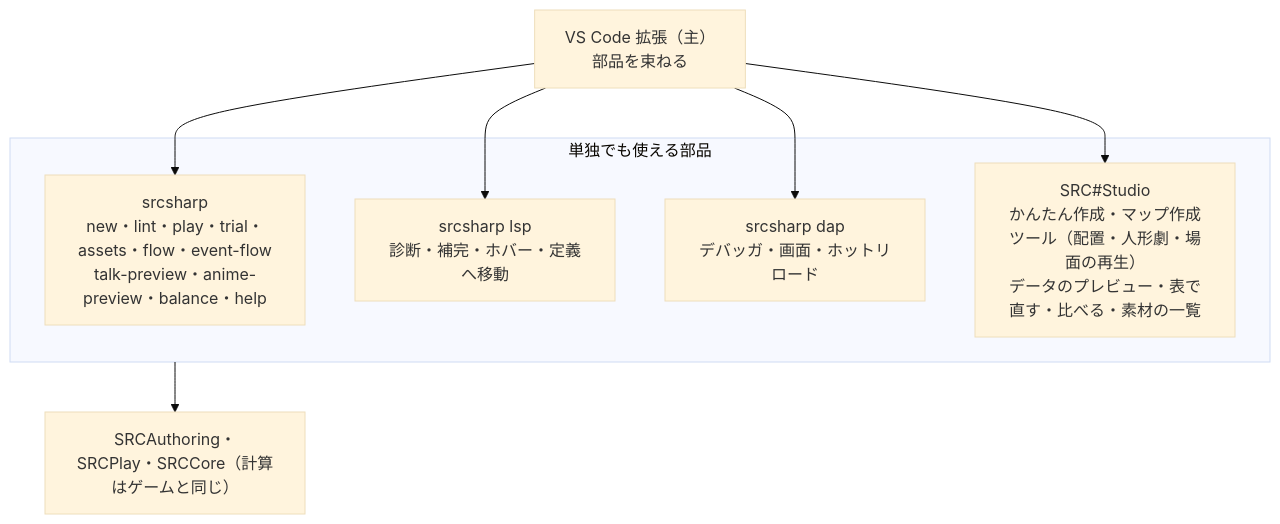
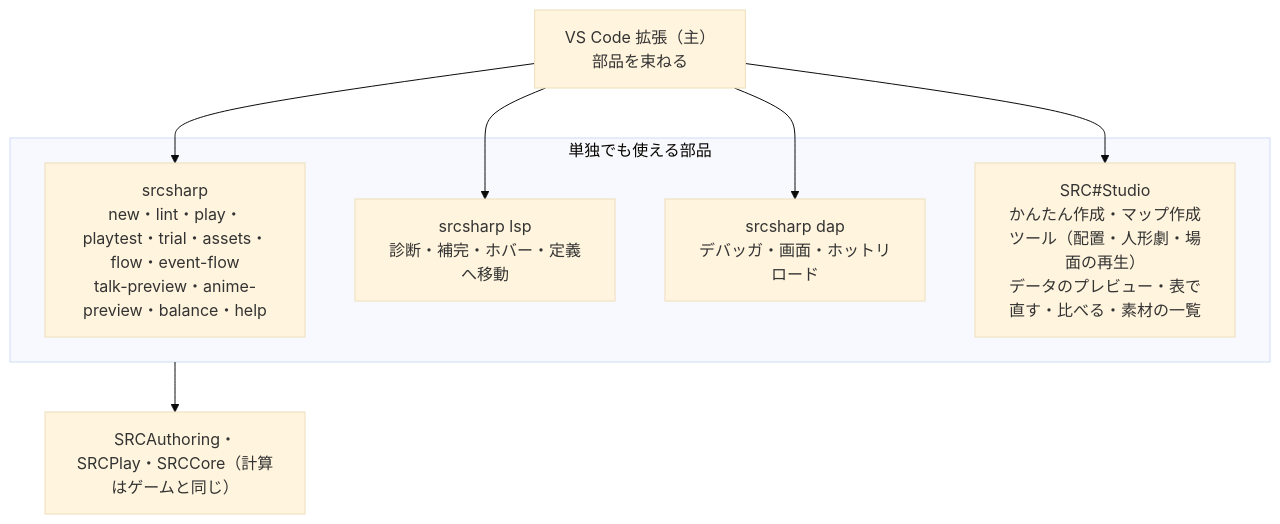
Before and after one commit to 7474/SRC: the second of 2 diagrams in docs/tools/authoring.md, drawn with Mermaid (base theme). The commit also changed other lines of this file and 11 other files, not shown here.

Commit message:
srcsharp playtest: 強さの確かめ（#1690）

````diff
--- a/docs/tools/authoring.md
+++ b/docs/tools/authoring.md
@@ -47,12 +47,12 @@
 ```mermaid
 flowchart TB
   VSCode["VS Code 拡張（主）<br/>部品を束ねる"]
   subgraph Parts["単独でも使える部品"]
-    CLI["srcsharp<br/>new・lint・play・trial・assets・flow・event-flow<br/>talk-preview・anime-preview・balance・help"]
+    CLI["srcsharp<br/>new・lint・play・playtest・trial・assets・flow・event-flow<br/>talk-preview・anime-preview・balance・help"]
     LSP["srcsharp lsp<br/>診断・補完・ホバー・定義へ移動"]
     DAP["srcsharp dap<br/>デバッガ・画面・ホットリロード"]
     Studio["SRC#Studio<br/>かんたん作成・マップ作成ツール（配置・人形劇・場面の再生）<br/>データのプレビュー・表で直す・比べる・素材の一覧"]
   end
   VSCode --> CLI & LSP & DAP & Studio
   Parts --> Core["SRCAuthoring・SRCPlay・SRCCore（計算はゲームと同じ）"]
 ```
````
